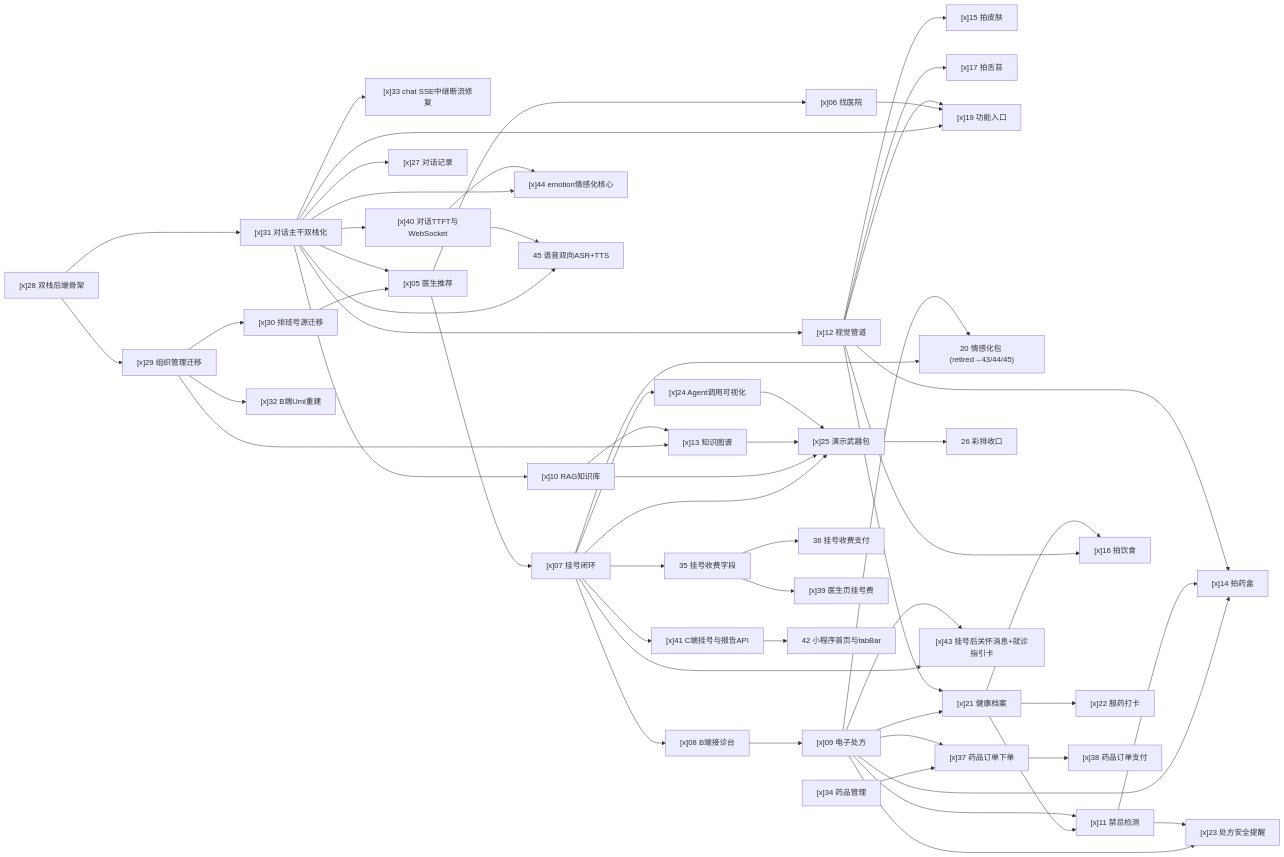
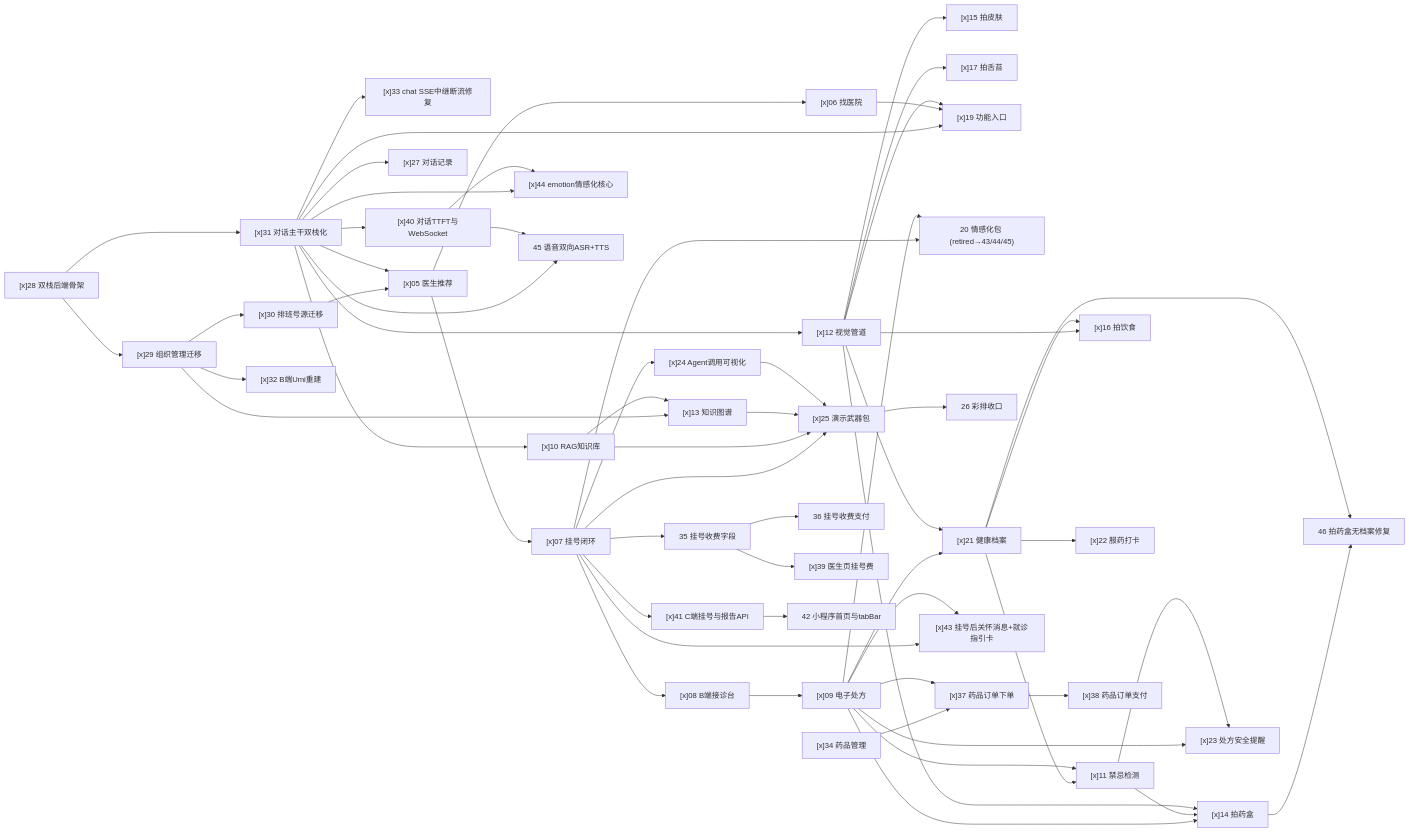
One commit to ILoveFurina/zhiyu-health changed the diagram in README.md. Above: the diagram before and after it, drawn with Mermaid. The commit also changed 1 other file, not shown here.

Commit message:
docs(ticket-46): 票单置 claimed 并登记 README 依赖图节点
实施记录与验收勾稽入票；剩余本地双服务复现与支付宝开发者工具走查两项
人工验收未执行，故不置 done、README 节点不加 [x]。

```diff
--- a/README.md
+++ b/README.md
@@ -64,6 +64,7 @@
     T43["[x]43 挂号后关怀消息+就诊指引卡"]
     T44["[x]44 emotion情感化核心"]
     T45["45 语音双向ASR+TTS"]
+    T46["46 拍药盒无档案修复"]
 
     T28 --> T29
     T28 --> T31
@@ -115,6 +116,9 @@
     T31 --> T45
     T40 --> T45
 
+    T14 --> T46
+    T21 --> T46
+
     T21 --> T22
 
     T09 --> T23
```
